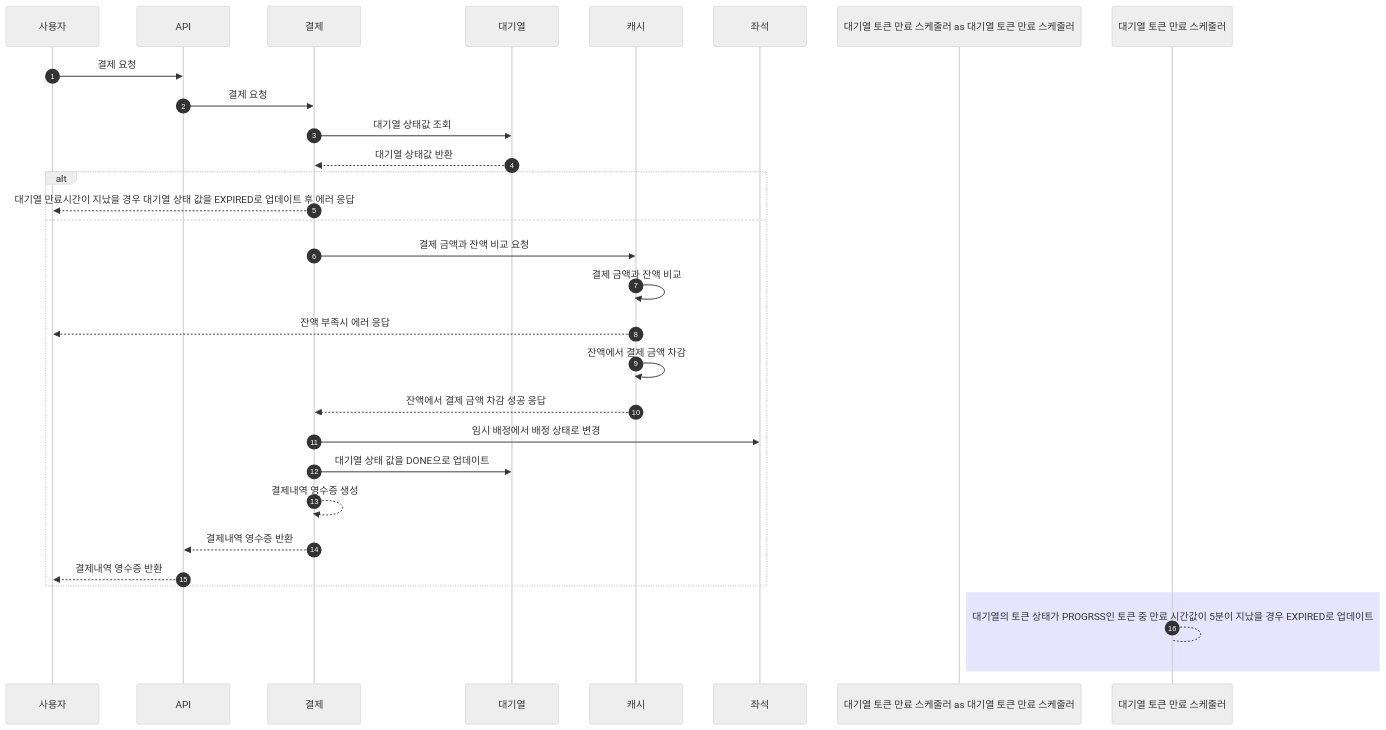
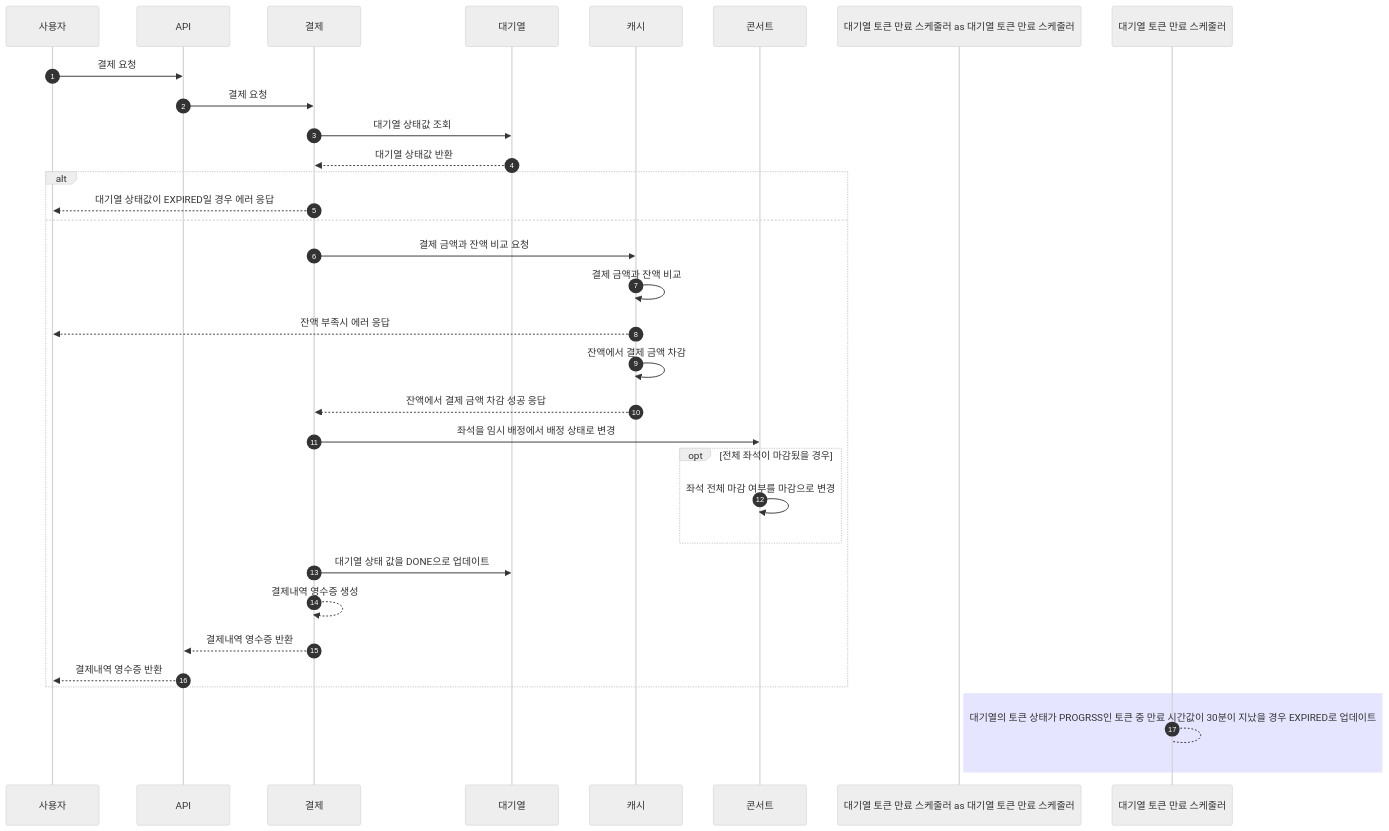
The seventh of 7 diagrams in docs/sequence.md (jikimee64/hhplus-concert), drawn with Mermaid (neutral theme) before and after one commit. The commit also changed other lines of this file and 71 other files, not shown here.

````diff
--- a/docs/sequence.md
+++ b/docs/sequence.md
@@ -158,32 +162,35 @@
 ```mermaid
 sequenceDiagram
     autonumber
     participant 사용자 as 사용자
     participant API as API
     participant 결제 as 결제
     participant 대기열 as 대기열
     participant 캐시 as 캐시
-    participant 좌석 as 좌석
+    participant 콘서트 as 콘서트
     participant 대기열 토큰 만료 스케줄러 as 대기열 토큰 만료 스케줄러
     사용자 ->> API: 결제 요청
     API ->> 결제: 결제 요청
     결제 ->> 대기열: 대기열 상태값 조회
     대기열 -->> 결제: 대기열 상태값 반환
     alt
-        결제 -->> 사용자: 대기열 만료시간이 지났을 경우 대기열 상태 값을 EXPIRED로 업데이트 후 에러 응답
+        결제 -->> 사용자: 대기열 상태값이 EXPIRED일 경우 에러 응답
     else
         결제 ->> 캐시: 결제 금액과 잔액 비교 요청
         캐시 ->> 캐시: 결제 금액과 잔액 비교
         캐시 -->> 사용자: 잔액 부족시 에러 응답
         캐시 ->> 캐시: 잔액에서 결제 금액 차감
         캐시 -->> 결제: 잔액에서 결제 금액 차감 성공 응답
-        결제 ->> 좌석: 임시 배정에서 배정 상태로 변경
+        결제 ->> 콘서트: 좌석을 임시 배정에서 배정 상태로 변경
+        opt 전체 좌석이 마감됬을 경우
+            콘서트 ->> 콘서트: 좌석 전체 마감 여부를 마감으로 변경 
+        end
         결제 ->> 대기열: 대기열 상태 값을 DONE으로 업데이트
         결제 -->> 결제: 결제내역 영수증 생성
         결제 -->> API: 결제내역 영수증 반환
         API -->> 사용자: 결제내역 영수증 반환
     end
     rect rgba(0, 0, 255, .1)
-        대기열 토큰 만료 스케줄러 --> 대기열 토큰 만료 스케줄러: 대기열의 토큰 상태가 PROGRSS인 토큰 중 만료 시간값이 5분이 지났을 경우 EXPIRED로 업데이트
+        대기열 토큰 만료 스케줄러 --> 대기열 토큰 만료 스케줄러: 대기열의 토큰 상태가 PROGRSS인 토큰 중 만료 시간값이 30분이 지났을 경우 EXPIRED로 업데이트
     end
 ```
````
